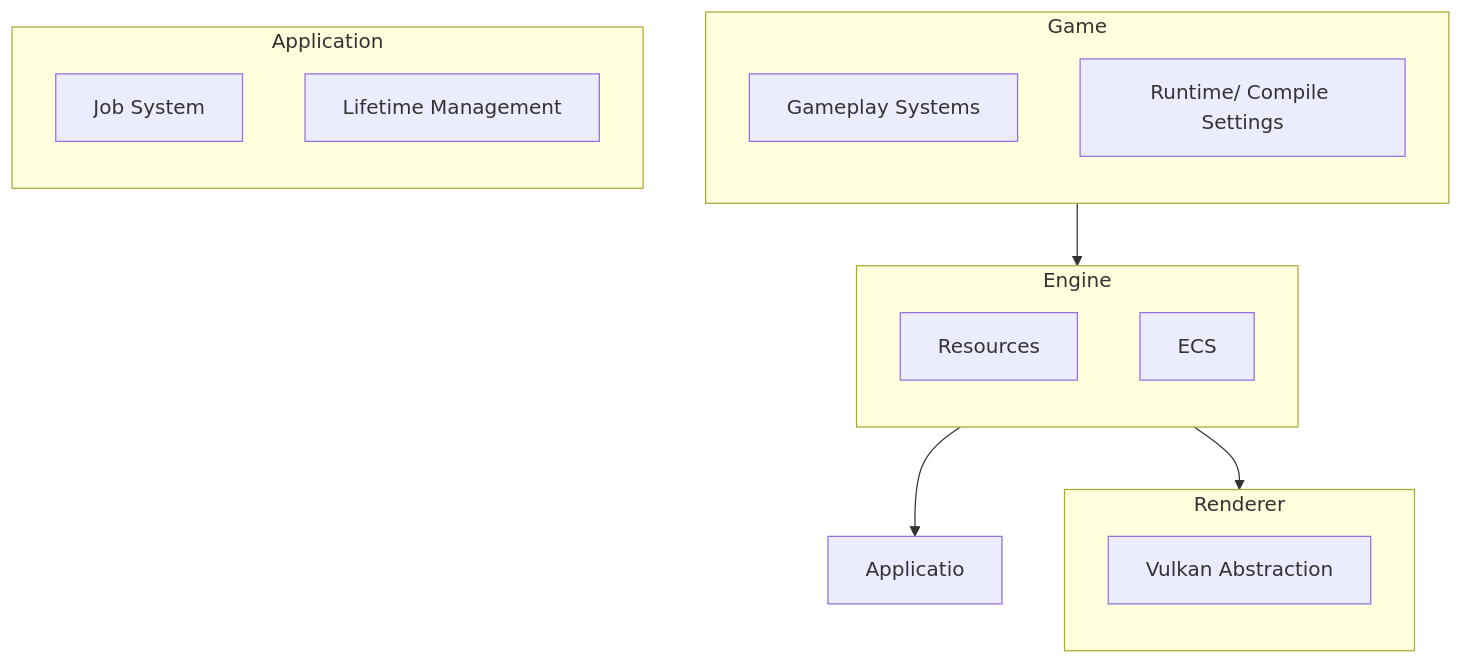
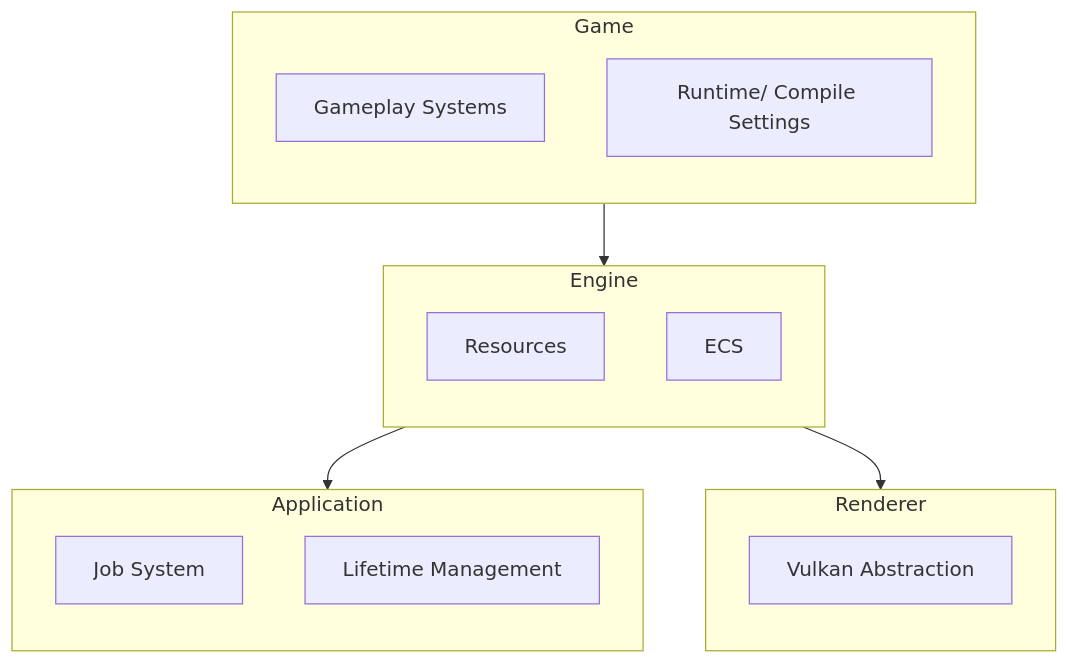
Before and after one commit to JonatanNevo/portal-framework: the first of 2 diagrams in docs/source/introduction/architecture.md, drawn with Mermaid. The commit also changed 37 other files, not shown here.

````diff
--- a/docs/source/introduction/architecture.md
+++ b/docs/source/introduction/architecture.md
@@ -17,34 +17,34 @@
 ```{mermaid}
 ---
 caption: Abstraction Levels with some examples
 ---
 flowchart TD
 
 Game --> Engine
-Engine --> Applicatio
+Engine --> Application
 Engine --> Renderer
 
 subgraph Game
     direction TB
     g[Gameplay Systems]
     s[Runtime/ Compile Settings]
 end
 
 subgraph Engine
     direction TB
     Resources
     ECS
 end
 
 subgraph Application
     direction TB
     j[Job System]
     l[Lifetime Management]
 end
 
 subgraph Renderer
     direction TB
     v[Vulkan Abstraction]
 
 end
 ```
````
